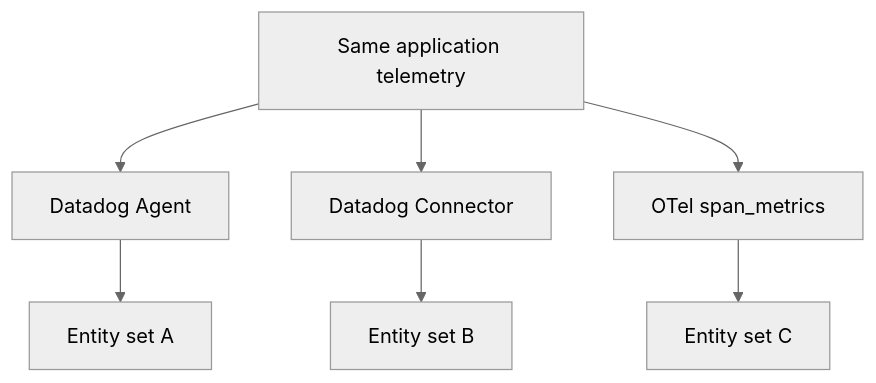
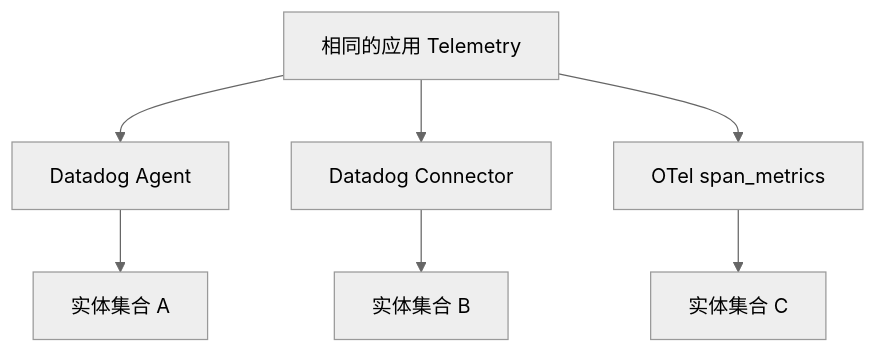
The tenth of 13 diagrams in docs/datadog/inferred-services.md (XiaoWeiKIN/Observability-Lab), drawn with Mermaid (neutral theme) before and after one commit. The commit also changed other lines of this file, not shown here.

````diff
--- a/docs/datadog/inferred-services.md
+++ b/docs/datadog/inferred-services.md
@@ -400,11 +442,11 @@
-```mermaid
+~~~mermaid
 flowchart TD
-    A[Same application telemetry]
+    A[相同的应用 Telemetry]
     A --> B[Datadog Agent]
     A --> C[Datadog Connector]
     A --> D[OTel span_metrics]
 
-    B --> E[Entity set A]
-    C --> F[Entity set B]
-    D --> G[Entity set C]
-```
+    B --> E[实体集合 A]
+    C --> F[实体集合 B]
+    D --> G[实体集合 C]
+~~~
````
